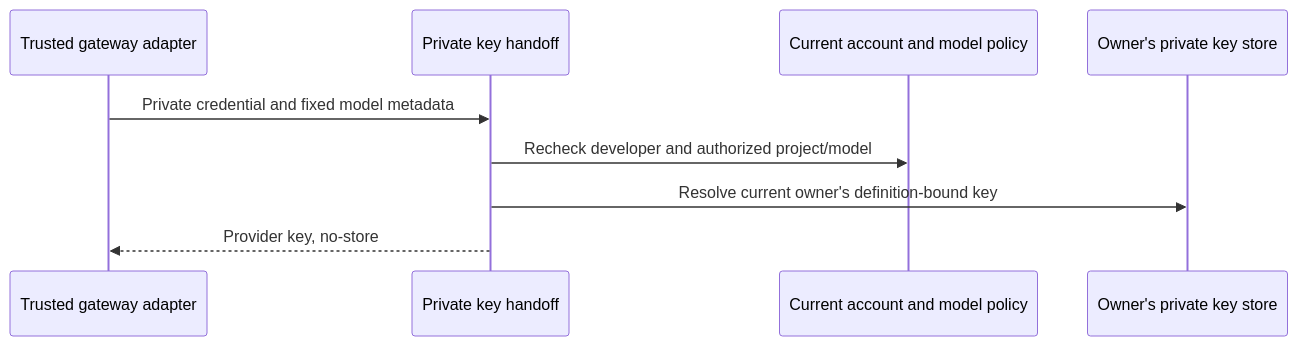
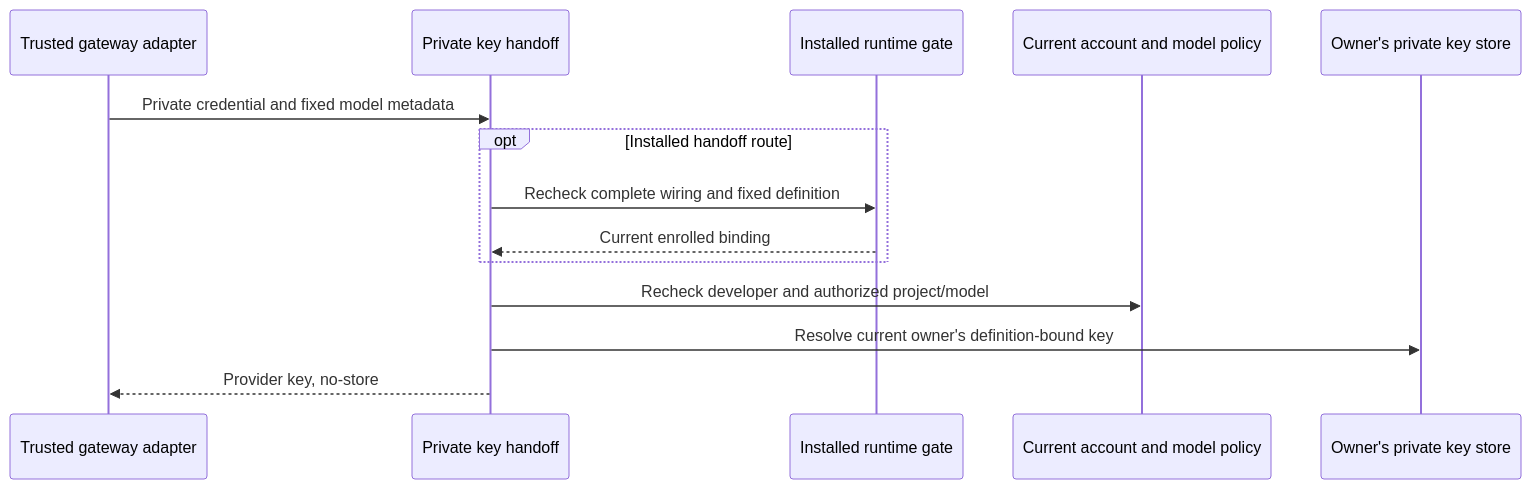
Before and after one commit to OsamaFelFel/keeplane: the fourth of 4 diagrams in docs/architecture/runtime-authorization.md, drawn with Mermaid. The commit also changed other lines of this file and 13 other files, not shown here.

Commit message:
feat(runtime): guard managed Personal provider-key handoff

````diff
--- a/docs/architecture/runtime-authorization.md
+++ b/docs/architecture/runtime-authorization.md
@@ -301,11 +315,16 @@
 ```mermaid
 sequenceDiagram
   participant G as Trusted gateway adapter
   participant K as Private key handoff
+  participant I as Installed runtime gate
   participant P as Current account and model policy
   participant S as Owner's private key store
   G->>K: Private credential and fixed model metadata
+  opt Installed handoff route
+    K->>I: Recheck complete wiring and fixed definition
+    I-->>K: Current enrolled binding
+  end
   K->>P: Recheck developer and authorized project/model
   K->>S: Resolve current owner's definition-bound key
   K-->>G: Provider key, no-store
 ```
````
